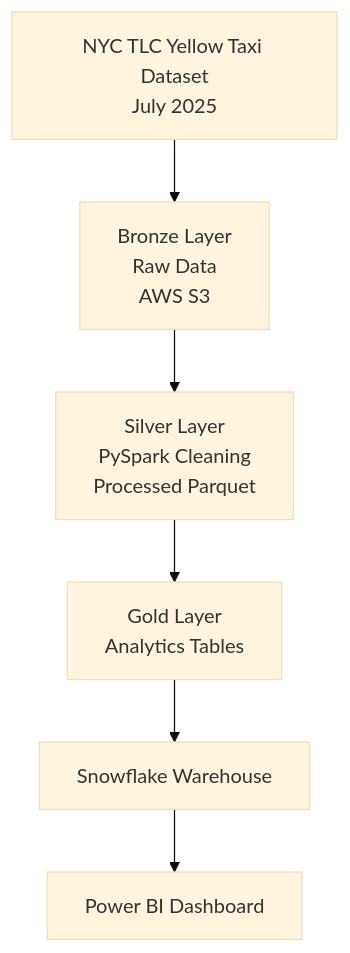
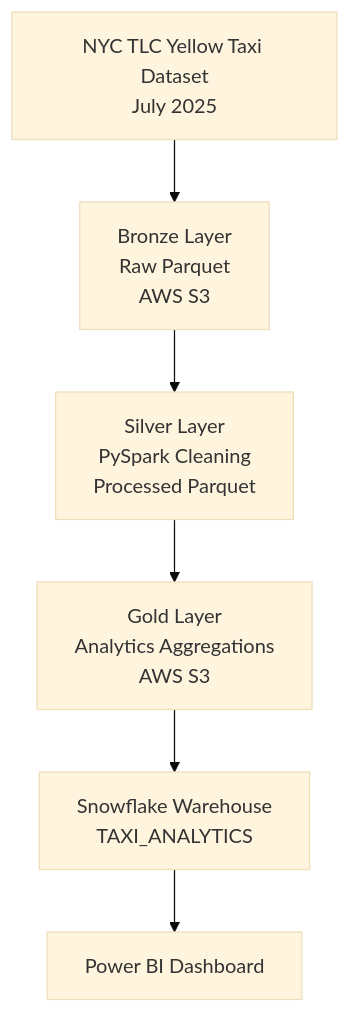
The diagram in README.md (sruthi-va/batch-elt-pipeline), drawn with Mermaid (base theme) before and after one commit. The commit also changed other lines of this file, not shown here.

`````diff
--- a/README.md
+++ b/README.md
@@ -26,15 +26,15 @@
 ```mermaid
 flowchart TD
 
 A[NYC TLC Yellow Taxi Dataset<br/>July 2025] --> B
 
-B[Bronze Layer<br/>Raw Data<br/>AWS S3] --> C
+B[Bronze Layer<br/>Raw Parquet<br/>AWS S3] --> C
 
 C[Silver Layer<br/>PySpark Cleaning<br/>Processed Parquet] --> D
 
-D[Gold Layer<br/>Analytics Tables] --> E
+D[Gold Layer<br/>Analytics Aggregations<br/>AWS S3] --> E
 
-E[Snowflake Warehouse] --> F
+E[Snowflake Warehouse<br/>TAXI_ANALYTICS] --> F
 
 F[Power BI Dashboard]
-````
+```
`````
